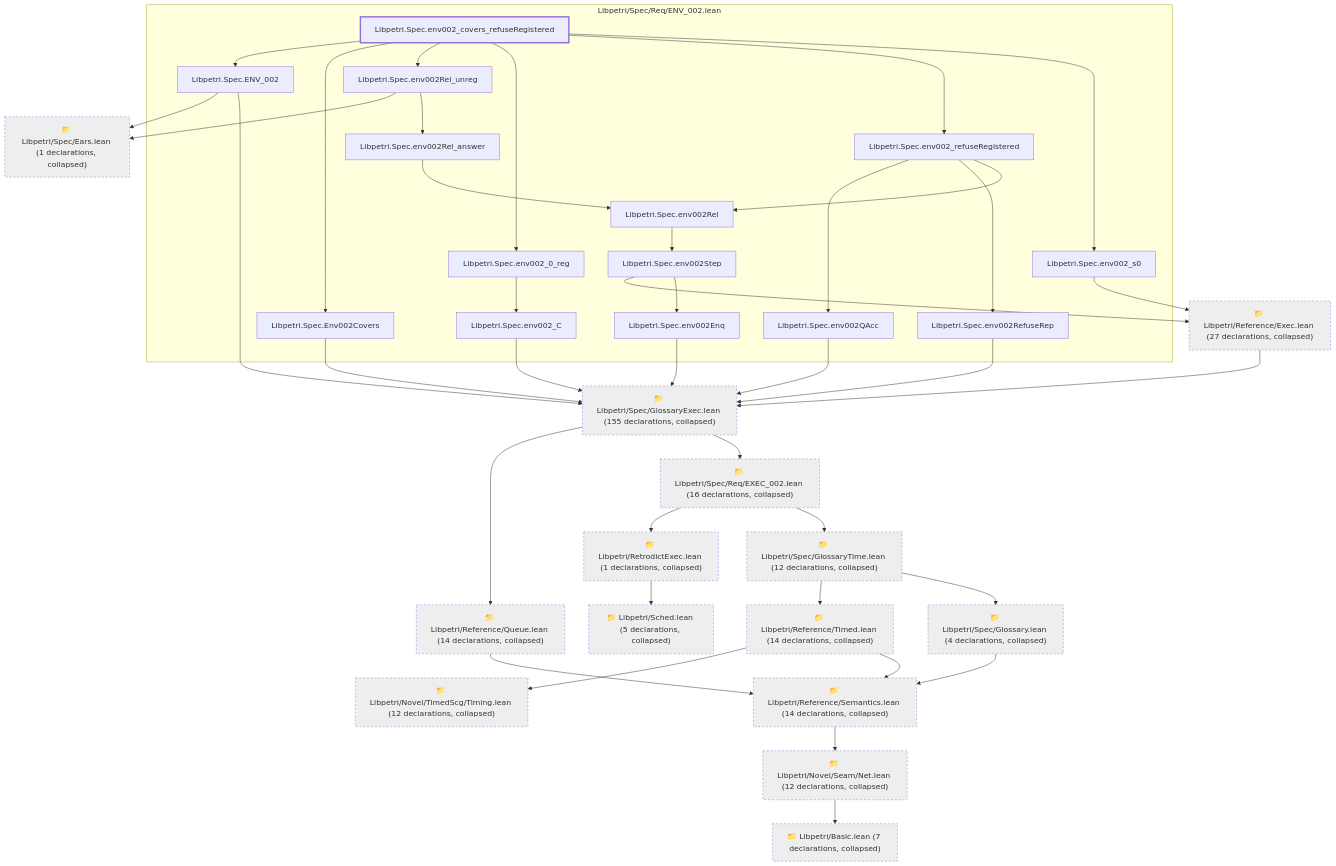
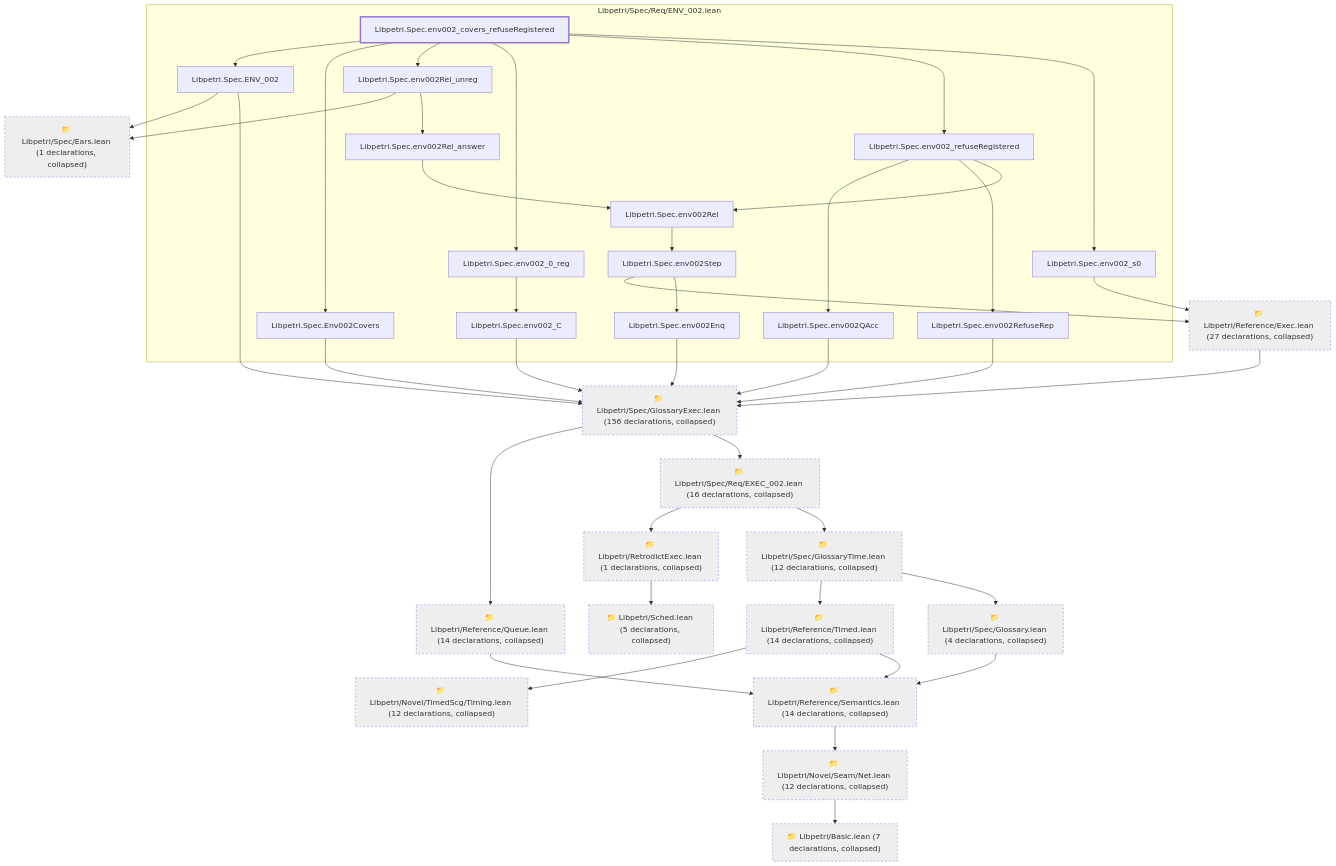
The second of 6 diagrams in lean/graph/requirements/ENV-002.md (debe/libpetri), drawn with Mermaid before and after one commit. The commit also changed other lines of this file and 393 other files, not shown here.

First line of the commit message:
feat(spec): AI sign-off of every Lean requirement block; defect ledger closed

````diff
--- a/lean/graph/requirements/ENV-002.md
+++ b/lean/graph/requirements/ENV-002.md
@@ -93,76 +94,76 @@
 ```mermaid
 flowchart TD
   subgraph g0["Libpetri/Spec/Req/ENV_002.lean"]
-    n6112["Libpetri.Spec.ENV_002"]
-    n7131["Libpetri.Spec.Env002Covers"]
-    n14125["Libpetri.Spec.env002Enq"]
-    n14128["Libpetri.Spec.env002QAcc"]
-    n14129["Libpetri.Spec.env002RefuseRep"]
-    n14130["Libpetri.Spec.env002Rel"]
-    n14131["Libpetri.Spec.env002Rel_answer"]
-    n14132["Libpetri.Spec.env002Rel_unreg"]
-    n14134["Libpetri.Spec.env002Step"]
-    n14135["Libpetri.Spec.env002_0_reg"]
-    n14137["Libpetri.Spec.env002_C"]
-    n14139["Libpetri.Spec.env002_covers_refuseRegistered"]
-    n14158["Libpetri.Spec.env002_refuseRegistered"]
-    n14163["Libpetri.Spec.env002_s0"]
+    n6142["Libpetri.Spec.ENV_002"]
+    n7187["Libpetri.Spec.Env002Covers"]
+    n14339["Libpetri.Spec.env002Enq"]
+    n14342["Libpetri.Spec.env002QAcc"]
+    n14343["Libpetri.Spec.env002RefuseRep"]
+    n14344["Libpetri.Spec.env002Rel"]
+    n14345["Libpetri.Spec.env002Rel_answer"]
+    n14346["Libpetri.Spec.env002Rel_unreg"]
+    n14348["Libpetri.Spec.env002Step"]
+    n14350["Libpetri.Spec.env002_0_reg"]
+    n14352["Libpetri.Spec.env002_C"]
+    n14354["Libpetri.Spec.env002_covers_refuseRegistered"]
+    n14374["Libpetri.Spec.env002_refuseRegistered"]
+    n14379["Libpetri.Spec.env002_s0"]
   end
   c0["📁 Libpetri/Basic.lean (7 declarations, collapsed)"]
   c54["📁 Libpetri/Novel/Seam/Net.lean (12 declarations, collapsed)"]
   c66["📁 Libpetri/Novel/TimedScg/Timing.lean (12 declarations, collapsed)"]
   c80["📁 Libpetri/Reference/Exec.lean (27 declarations, collapsed)"]
   c91["📁 Libpetri/Reference/Queue.lean (14 declarations, collapsed)"]
   c94["📁 Libpetri/Reference/Semantics.lean (14 declarations, collapsed)"]
   c98["📁 Libpetri/Reference/Timed.lean (14 declarations, collapsed)"]
   c103["📁 Libpetri/RetrodictExec.lean (1 declarations, collapsed)"]
   c109["📁 Libpetri/Sched.lean (5 declarations, collapsed)"]
   c131["📁 Libpetri/Spec/Ears.lean (1 declarations, collapsed)"]
   c132["📁 Libpetri/Spec/Glossary.lean (4 declarations, collapsed)"]
-  c139["📁 Libpetri/Spec/GlossaryExec.lean (155 declarations, collapsed)"]
+  c139["📁 Libpetri/Spec/GlossaryExec.lean (156 declarations, collapsed)"]
   c146["📁 Libpetri/Spec/GlossaryTime.lean (12 declarations, collapsed)"]
   c232["📁 Libpetri/Spec/Req/EXEC_002.lean (16 declarations, collapsed)"]
   c54 --> c0
   c80 --> c139
   c91 --> c94
   c94 --> c54
   c98 --> c66
   c98 --> c94
   c103 --> c109
   c132 --> c94
   c139 --> c91
   c139 --> c232
   c146 --> c98
   c146 --> c132
   c232 --> c103
   c232 --> c146
-  n6112 --> c131
-  n6112 --> c139
-  n7131 --> c139
-  n14125 --> c139
-  n14128 --> c139
-  n14129 --> c139
-  n14130 --> n14134
-  n14131 --> n14130
-  n14132 --> c131
-  n14132 --> n14131
-  n14134 --> c80
-  n14134 --> n14125
-  n14135 --> n14137
-  n14137 --> c139
-  n14139 --> n6112
-  n14139 --> n7131
-  n14139 --> n14132
-  n14139 --> n14135
-  n14139 --> n14158
-  n14139 --> n14163
-  n14158 --> n14128
-  n14158 --> n14129
-  n14158 --> n14130
-  n14163 --> c80
+  n6142 --> c131
+  n6142 --> c139
+  n7187 --> c139
+  n14339 --> c139
+  n14342 --> c139
+  n14343 --> c139
+  n14344 --> n14348
+  n14345 --> n14344
+  n14346 --> c131
+  n14346 --> n14345
+  n14348 --> c80
+  n14348 --> n14339
+  n14350 --> n14352
+  n14352 --> c139
+  n14354 --> n6142
+  n14354 --> n7187
+  n14354 --> n14346
+  n14354 --> n14350
+  n14354 --> n14374
+  n14354 --> n14379
+  n14374 --> n14342
+  n14374 --> n14343
+  n14374 --> n14344
+  n14379 --> c80
   classDef root stroke-width:3px
   classDef locked fill:#fff3cd,stroke:#b8860b
   classDef collapsed fill:#eeeeee,stroke-dasharray:4 4
-  class n14139 root
+  class n14354 root
   class c0,c54,c66,c80,c91,c94,c98,c103,c109,c131,c132,c139,c146,c232 collapsed
 ```
````
